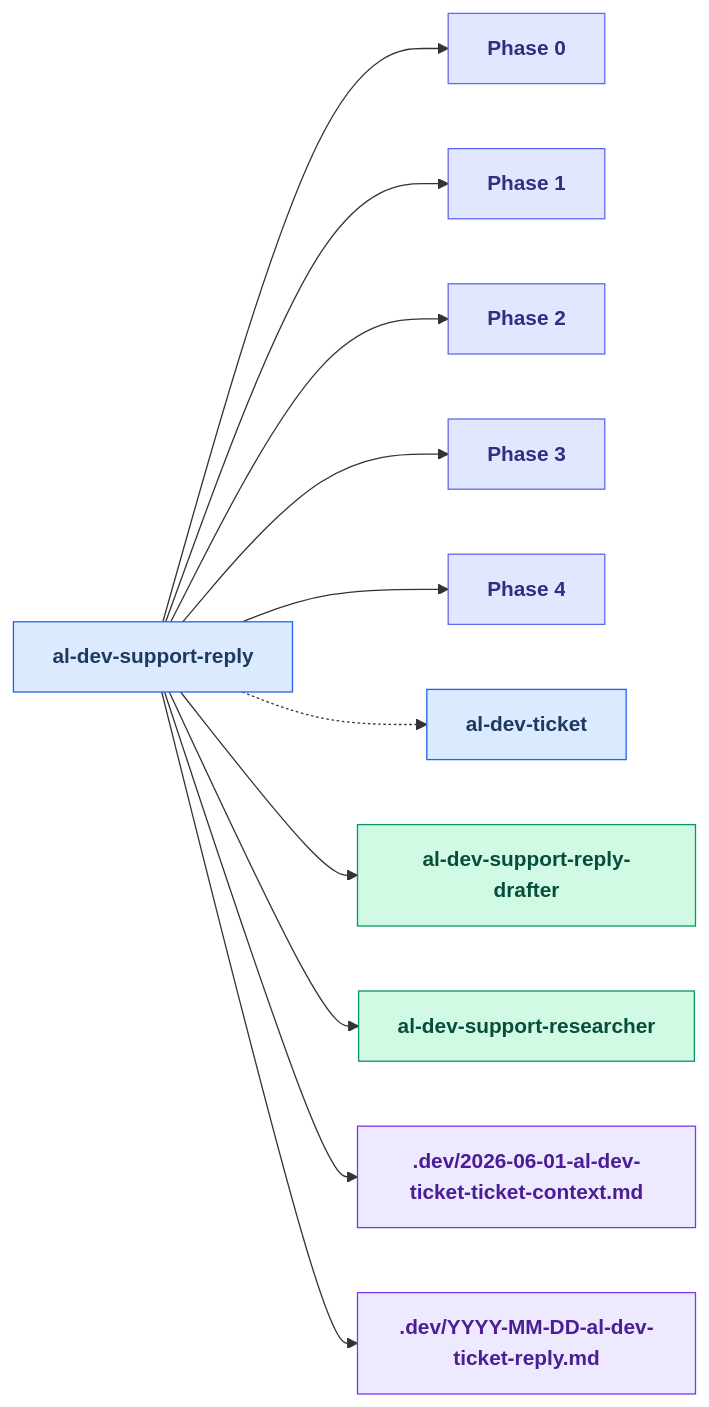
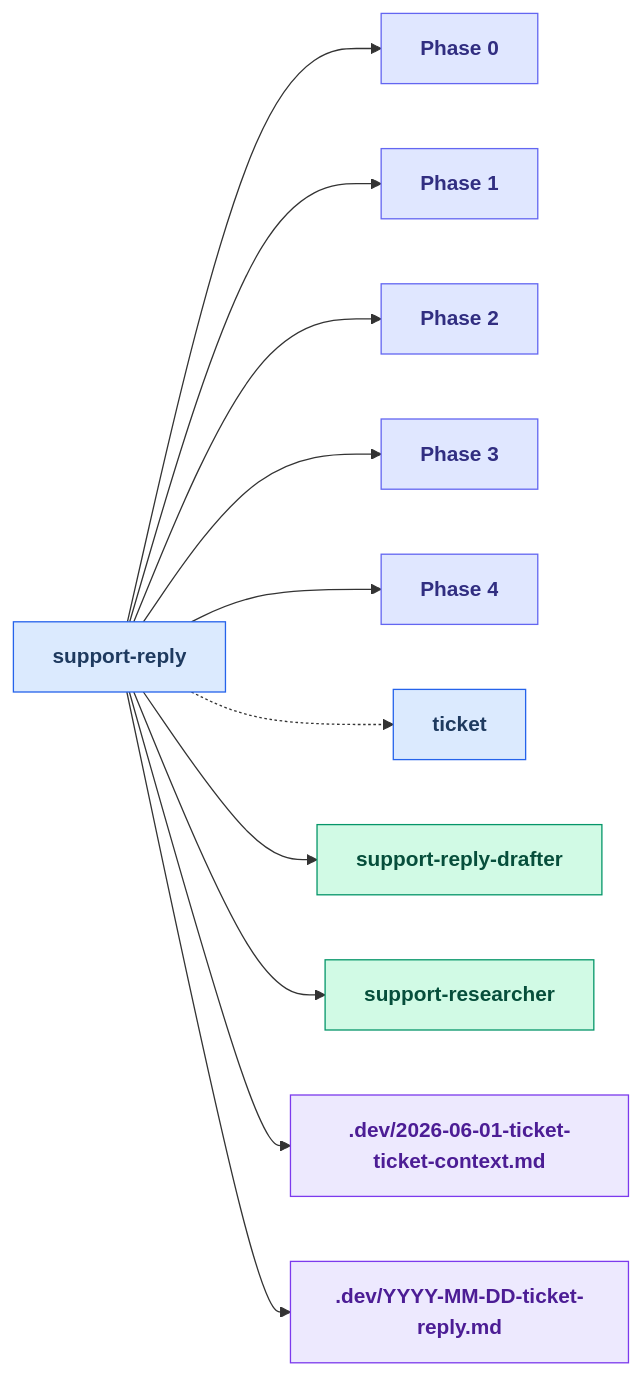
Before and after one commit to russell-laing/al-dev-shared: the third of 24 diagrams in docs/skills_map.md, drawn with Mermaid. The commit also changed other lines of this file and 8 other files, not shown here.

````diff
--- a/docs/skills_map.md
+++ b/docs/skills_map.md
@@ -155,43 +161,43 @@
 ```mermaid
 flowchart LR
     classDef skillNode fill:#dbeafe,stroke:#2563eb,color:#1e3a5f,font-weight:bold
     classDef agentNode fill:#d1fae5,stroke:#059669,color:#064e3b,font-weight:bold
     classDef knowledgeNode fill:#fef3c7,stroke:#d97706,color:#78350f,font-weight:bold
     classDef artifactNode fill:#ede9fe,stroke:#7c3aed,color:#4c1d95,font-weight:bold
     classDef phaseNode fill:#e0e7ff,stroke:#6366f1,color:#312e81,font-weight:bold
 
-    skill_al_dev_support_reply[al-dev-support-reply]
+    skill_support_reply[support-reply]
     Phase0["Phase 0"]
     Phase1["Phase 1"]
     Phase2["Phase 2"]
     Phase3["Phase 3"]
     Phase4["Phase 4"]
-    skill_al_dev_ticket[al-dev-ticket]
-    agent_al_dev_support_reply_drafter[al-dev-support-reply-drafter]
-    agent_al_dev_support_researcher[al-dev-support-researcher]
-    artifact_2026_06_01_al_dev_ticket_ticket_context_md[.dev/2026-06-01-al-dev-ticket-ticket-context.md]
-    artifact_YYYY_MM_DD_al_dev_ticket_reply_md[.dev/YYYY-MM-DD-al-dev-ticket-reply.md]
+    skill_ticket[ticket]
+    agent_support_reply_drafter[support-reply-drafter]
+    agent_support_researcher[support-researcher]
+    artifact_2026_06_01_ticket_ticket_context_md[.dev/2026-06-01-ticket-ticket-context.md]
+    artifact_YYYY_MM_DD_ticket_reply_md[.dev/YYYY-MM-DD-ticket-reply.md]
 
-    skill_al_dev_support_reply --> Phase0
-    skill_al_dev_support_reply --> Phase1
-    skill_al_dev_support_reply --> Phase2
-    skill_al_dev_support_reply --> Phase3
-    skill_al_dev_support_reply --> Phase4
-    skill_al_dev_support_reply -.-> skill_al_dev_ticket
-    skill_al_dev_support_reply --> agent_al_dev_support_reply_drafter
-    skill_al_dev_support_reply --> agent_al_dev_support_researcher
-    skill_al_dev_support_reply --> artifact_2026_06_01_al_dev_ticket_ticket_context_md
-    skill_al_dev_support_reply --> artifact_YYYY_MM_DD_al_dev_ticket_reply_md
+    skill_support_reply --> Phase0
+    skill_support_reply --> Phase1
+    skill_support_reply --> Phase2
+    skill_support_reply --> Phase3
+    skill_support_reply --> Phase4
+    skill_support_reply -.-> skill_ticket
+    skill_support_reply --> agent_support_reply_drafter
+    skill_support_reply --> agent_support_researcher
+    skill_support_reply --> artifact_2026_06_01_ticket_ticket_context_md
+    skill_support_reply --> artifact_YYYY_MM_DD_ticket_reply_md
 
-    class skill_al_dev_support_reply skillNode
+    class skill_support_reply skillNode
     class Phase0 phaseNode
     class Phase1 phaseNode
     class Phase2 phaseNode
     class Phase3 phaseNode
     class Phase4 phaseNode
-    class skill_al_dev_ticket skillNode
-    class agent_al_dev_support_reply_drafter agentNode
-    class agent_al_dev_support_researcher agentNode
-    class artifact_2026_06_01_al_dev_ticket_ticket_context_md artifactNode
-    class artifact_YYYY_MM_DD_al_dev_ticket_reply_md artifactNode
+    class skill_ticket skillNode
+    class agent_support_reply_drafter agentNode
+    class agent_support_researcher agentNode
+    class artifact_2026_06_01_ticket_ticket_context_md artifactNode
+    class artifact_YYYY_MM_DD_ticket_reply_md artifactNode
 ```
````
